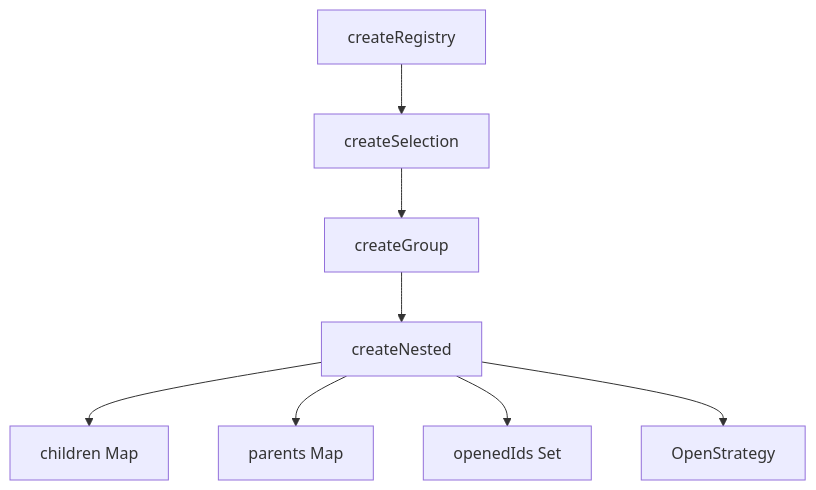
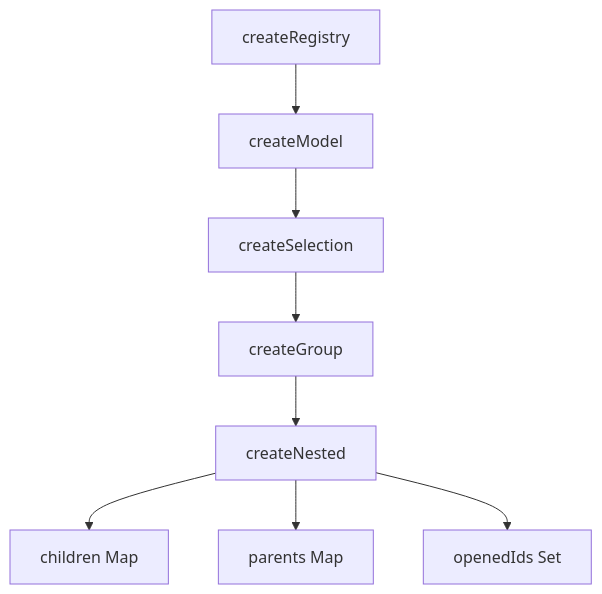
The diagram in apps/docs/src/pages/composables/selection/create-nested.md (vuetifyjs/0), drawn with Mermaid before and after one commit. The commit also changed other lines of this file and 808 other files, not shown here.

````diff
--- a/apps/docs/src/pages/composables/selection/create-nested.md
+++ b/apps/docs/src/pages/composables/selection/create-nested.md
@@ -52,10 +53,10 @@
 ```mermaid "Nested Hierarchy"
 flowchart TD
-  createRegistry --> createSelection
+  createRegistry --> createModel
+  createModel --> createSelection
   createSelection --> createGroup
   createGroup --> createNested
   createNested --> children[children Map]
   createNested --> parents[parents Map]
   createNested --> openedIds[openedIds Set]
-  createNested --> OpenStrategy[OpenStrategy]
 ```
````
